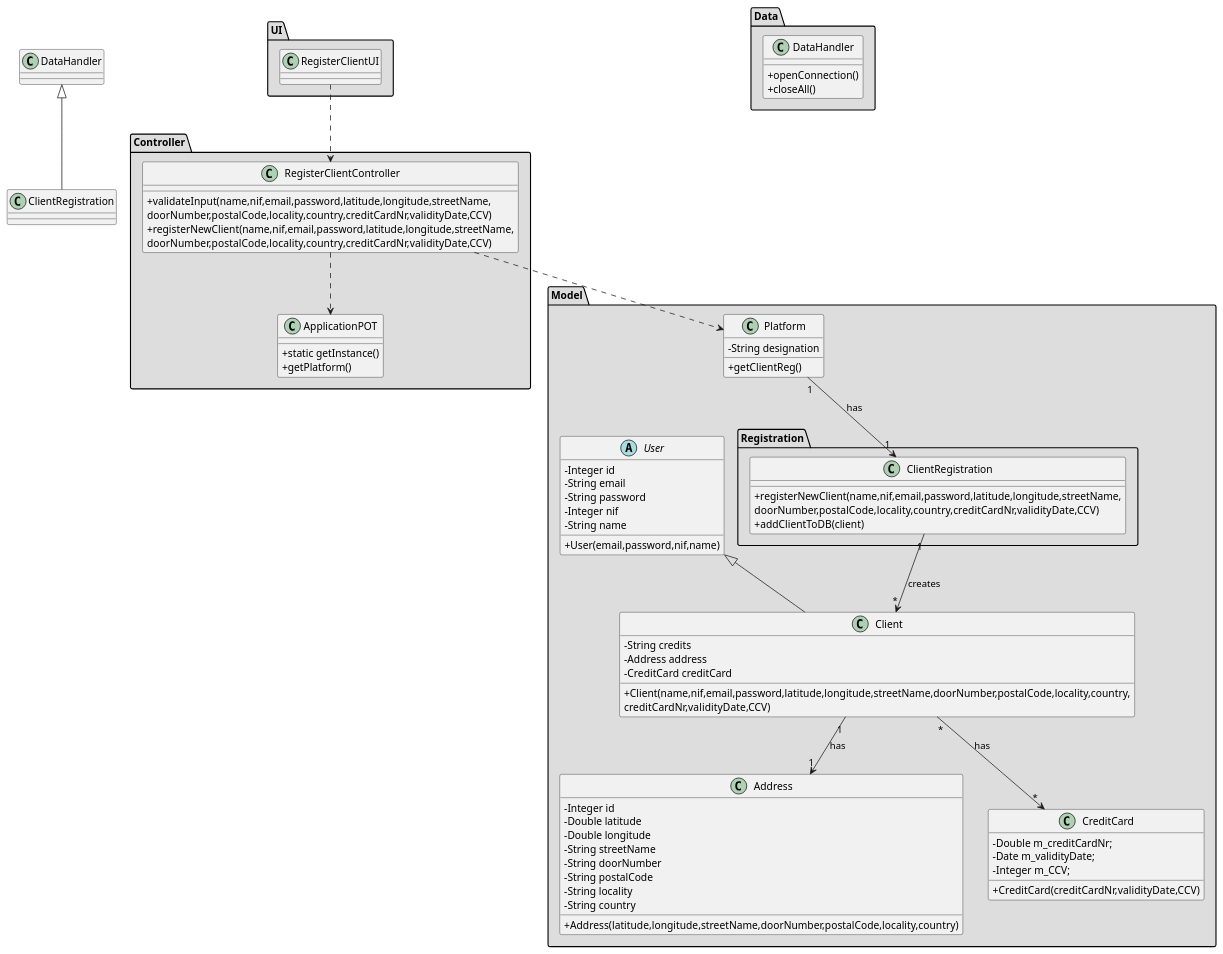
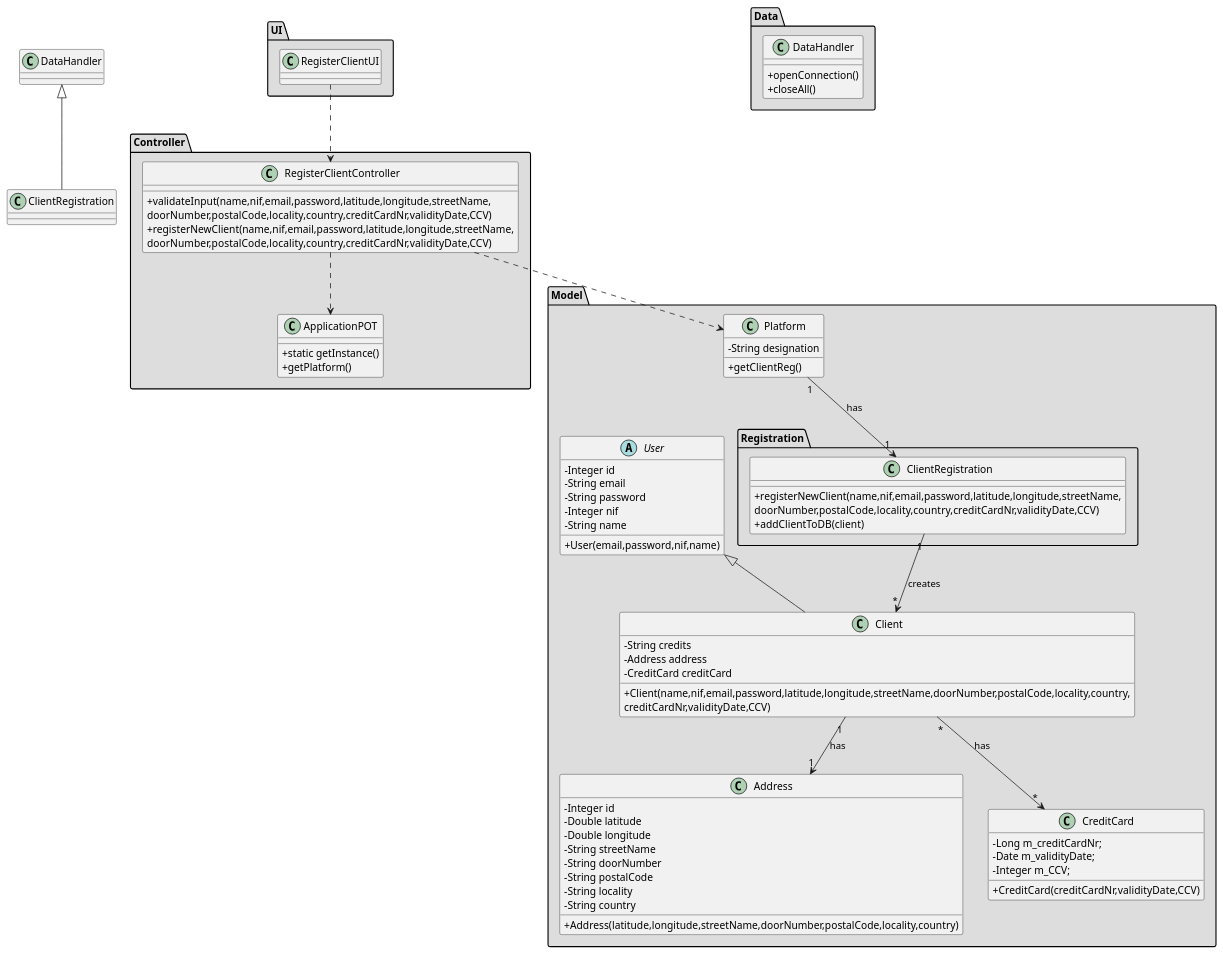
The diagram in docs/Iteration 1/User Management/US18_RegisterClient/US18_CD.puml (tiagoavcosta25/LAPR3), drawn with PlantUML before and after one commit. The commit also changed 9 other files, not shown here.

```diff
--- a/docs/Iteration 1/User Management/US18_RegisterClient/US18_CD.puml
+++ b/docs/Iteration 1/User Management/US18_RegisterClient/US18_CD.puml
@@ -1,105 +1,105 @@
 @startuml
 skinparam classAttributeIconSize 0
 
 
 package "Controller" #DDDDDD {
 class ApplicationPOT
 {
   +static getInstance()
   +getPlatform()
 }
 }
 
 
 package "UI" #DDDDDD {
 class RegisterClientUI{
 
 }
 }
 
 
 package "Controller" #DDDDDD {
 class RegisterClientController{
 +validateInput(name,nif,email,password,latitude,longitude,streetName,\ndoorNumber,postalCode,locality,country,creditCardNr,validityDate,CCV)
 +registerNewClient(name,nif,email,password,latitude,longitude,streetName,\ndoorNumber,postalCode,locality,country,creditCardNr,validityDate,CCV)
 }
 }
 
 
 package "Model" #DDDDDD {
 class Platform {
   -String designation
   +getClientReg()
 }
 package "Registration" #DDDDDD {
  class ClientRegistration{
  +registerNewClient(name,nif,email,password,latitude,longitude,streetName,\ndoorNumber,postalCode,locality,country,creditCardNr,validityDate,CCV)
  +addClientToDB(client)
  }
  }
 }
 
 
 
 
 package "Model" #DDDDDD {
 abstract class User{
 -Integer id
 -String email
 -String password
 -Integer nif
 -String name
 +User(email,password,nif,name)
 }
 
 class Client extends User
 
 class Client{
 -String credits
 -Address address
 -CreditCard creditCard
 +Client(name,nif,email,password,latitude,longitude,streetName,doorNumber,postalCode,locality,country,
                         creditCardNr,validityDate,CCV)
 }
 
 class Address{
 -Integer id
 -Double latitude
 -Double longitude
 -String streetName
 -String doorNumber
 -String postalCode
 -String locality
 -String country
 +Address(latitude,longitude,streetName,doorNumber,postalCode,locality,country)
 }
 
 class CreditCard{
--Double m_creditCardNr;
+-Long m_creditCardNr;
 -Date m_validityDate;
 -Integer m_CCV;
 +CreditCard(creditCardNr,validityDate,CCV)
 }
 
 }
 
 
 package "Data" #DDDDDD {
 class DataHandler{
 +openConnection()
 +closeAll()
 }
 
 }
 
 
 RegisterClientUI ..> RegisterClientController
 RegisterClientController ..> Platform
 RegisterClientController ..> ApplicationPOT
 Platform "1" --> "1" ClientRegistration : has
 ClientRegistration "1" --> "*" Client : creates
 class ClientRegistration extends DataHandler
 Client "1" --> "1" Address : has
 Client "*" --> "*" CreditCard : has
 
 @enduml
```
